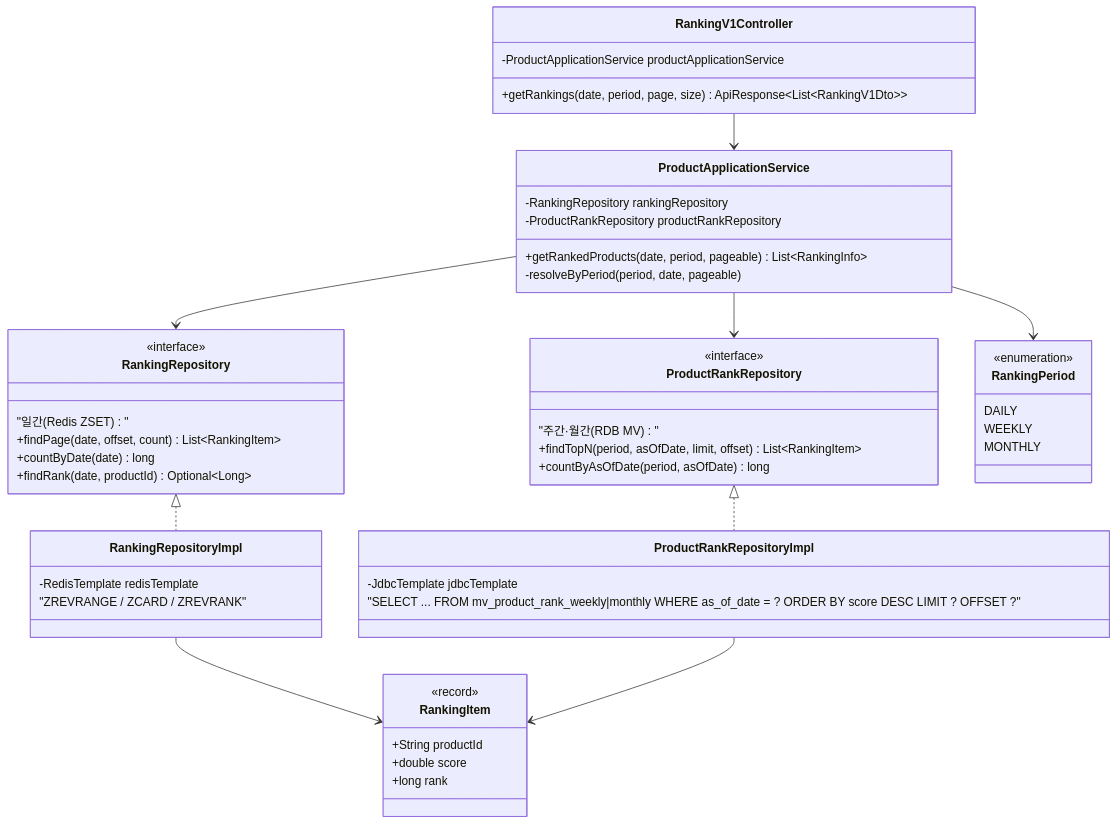
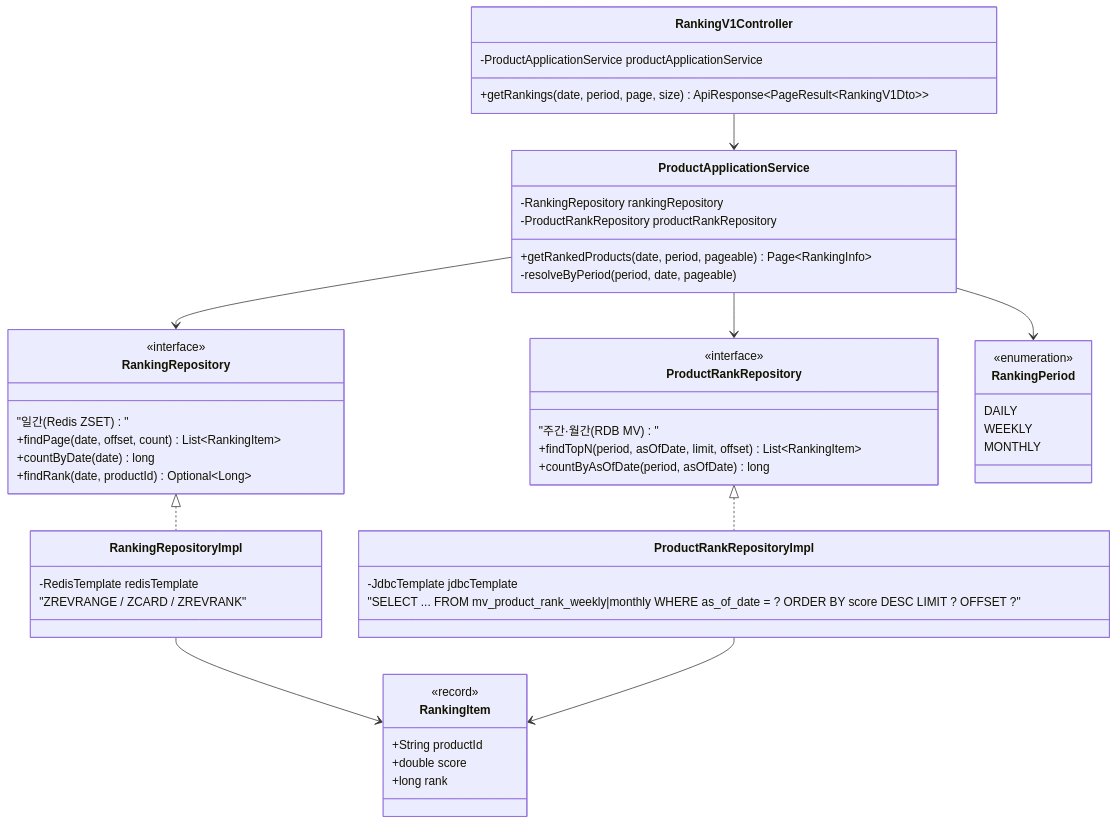
One commit to Hangju0610/loop-pack-be-l2-vol4-java changed the fourth of 4 diagrams in docs/domain/ranking_mv_batch/02-diagrams.md. Above: the diagram before and after it, drawn with Mermaid. The commit also changed 4 other files, not shown here.

````diff
--- a/docs/domain/ranking_mv_batch/02-diagrams.md
+++ b/docs/domain/ranking_mv_batch/02-diagrams.md
@@ -213,60 +213,60 @@
 ```mermaid
 classDiagram
     class RankingV1Controller {
         -ProductApplicationService productApplicationService
-        +getRankings(date, period, page, size) ApiResponse~List~RankingV1Dto~~
+        +getRankings(date, period, page, size) ApiResponse~PageResult~RankingV1Dto~~
     }
 
     class ProductApplicationService {
         -RankingRepository rankingRepository
         -ProductRankRepository productRankRepository
-        +getRankedProducts(date, period, pageable) List~RankingInfo~
+        +getRankedProducts(date, period, pageable) Page~RankingInfo~
         -resolveByPeriod(period, date, pageable)
     }
 
     class RankingRepository {
         <<interface>>
         "일간 (Redis ZSET)"
         +findPage(date, offset, count) List~RankingItem~
         +countByDate(date) long
         +findRank(date, productId) Optional~Long~
     }
     class RankingRepositoryImpl {
         -RedisTemplate redisTemplate
         "ZREVRANGE / ZCARD / ZREVRANK"
     }
 
     class ProductRankRepository {
         <<interface>>
         "주간·월간 (RDB MV)"
         +findTopN(period, asOfDate, limit, offset) List~RankingItem~
         +countByAsOfDate(period, asOfDate) long
     }
     class ProductRankRepositoryImpl {
         -JdbcTemplate jdbcTemplate
         "SELECT ... FROM mv_product_rank_weekly|monthly WHERE as_of_date = ? ORDER BY score DESC LIMIT ? OFFSET ?"
     }
 
     class RankingPeriod {
         <<enumeration>>
         DAILY
         WEEKLY
         MONTHLY
     }
 
     class RankingItem {
         <<record>>
         +String productId
         +double score
         +long rank
     }
 
     RankingV1Controller --> ProductApplicationService
     ProductApplicationService --> RankingRepository
     ProductApplicationService --> ProductRankRepository
     ProductApplicationService --> RankingPeriod
     RankingRepository <|.. RankingRepositoryImpl
     ProductRankRepository <|.. ProductRankRepositoryImpl
     RankingRepositoryImpl --> RankingItem
     ProductRankRepositoryImpl --> RankingItem
 ```
````
